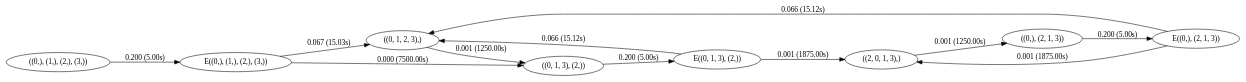
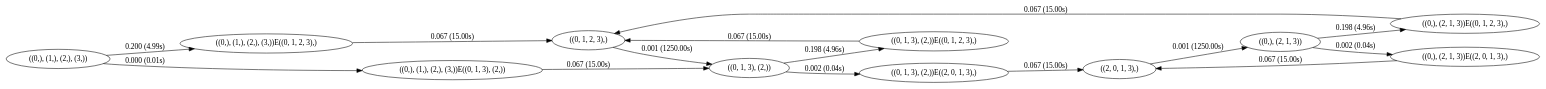
The diagram in result65.gv (scj7t4/NetEmu), drawn with Graphviz before and after one commit. The commit also changed 42 other files, not shown here.

```diff
--- a/result65.gv
+++ b/result65.gv
@@ -1,14 +1,17 @@
 digraph markov_chain { 
 rankdir=LR;
-"((0,), (1,), (2,), (3,))" -> "E((0,), (1,), (2,), (3,))" [ label = "0.200 (5.00s)" ]; 
-"E((0,), (1,), (2,), (3,))" -> "((0, 1, 2, 3),)" [label = "0.067 (15.03s)" ]; 
-"E((0,), (1,), (2,), (3,))" -> "((0, 1, 3), (2,))" [label = "0.000 (7500.00s)" ]; 
+"((0,), (1,), (2,), (3,))" -> "((0,), (1,), (2,), (3,))E((0, 1, 2, 3),)" [ label = "0.200 (4.99s)" ]; 
+"((0,), (1,), (2,), (3,))E((0, 1, 2, 3),)" -> "((0, 1, 2, 3),)" [label = "0.067 (15.00s)" ]; 
+"((0,), (1,), (2,), (3,))" -> "((0,), (1,), (2,), (3,))E((0, 1, 3), (2,))" [ label = "0.000 (0.01s)" ]; 
+"((0,), (1,), (2,), (3,))E((0, 1, 3), (2,))" -> "((0, 1, 3), (2,))" [label = "0.067 (15.00s)" ]; 
 "((0, 1, 2, 3),)" -> "((0, 1, 3), (2,))" [ label = "0.001 (1250.00s)" ]; 
-"((0, 1, 3), (2,))" -> "E((0, 1, 3), (2,))" [ label = "0.200 (5.00s)" ]; 
-"E((0, 1, 3), (2,))" -> "((0, 1, 2, 3),)" [label = "0.066 (15.12s)" ]; 
-"E((0, 1, 3), (2,))" -> "((2, 0, 1, 3),)" [label = "0.001 (1875.00s)" ]; 
+"((0, 1, 3), (2,))" -> "((0, 1, 3), (2,))E((0, 1, 2, 3),)" [ label = "0.198 (4.96s)" ]; 
+"((0, 1, 3), (2,))E((0, 1, 2, 3),)" -> "((0, 1, 2, 3),)" [label = "0.067 (15.00s)" ]; 
+"((0, 1, 3), (2,))" -> "((0, 1, 3), (2,))E((2, 0, 1, 3),)" [ label = "0.002 (0.04s)" ]; 
+"((0, 1, 3), (2,))E((2, 0, 1, 3),)" -> "((2, 0, 1, 3),)" [label = "0.067 (15.00s)" ]; 
 "((2, 0, 1, 3),)" -> "((0,), (2, 1, 3))" [ label = "0.001 (1250.00s)" ]; 
-"((0,), (2, 1, 3))" -> "E((0,), (2, 1, 3))" [ label = "0.200 (5.00s)" ]; 
-"E((0,), (2, 1, 3))" -> "((0, 1, 2, 3),)" [label = "0.066 (15.12s)" ]; 
-"E((0,), (2, 1, 3))" -> "((2, 0, 1, 3),)" [label = "0.001 (1875.00s)" ]; 
+"((0,), (2, 1, 3))" -> "((0,), (2, 1, 3))E((0, 1, 2, 3),)" [ label = "0.198 (4.96s)" ]; 
+"((0,), (2, 1, 3))E((0, 1, 2, 3),)" -> "((0, 1, 2, 3),)" [label = "0.067 (15.00s)" ]; 
+"((0,), (2, 1, 3))" -> "((0,), (2, 1, 3))E((2, 0, 1, 3),)" [ label = "0.002 (0.04s)" ]; 
+"((0,), (2, 1, 3))E((2, 0, 1, 3),)" -> "((2, 0, 1, 3),)" [label = "0.067 (15.00s)" ]; 
 }
```
